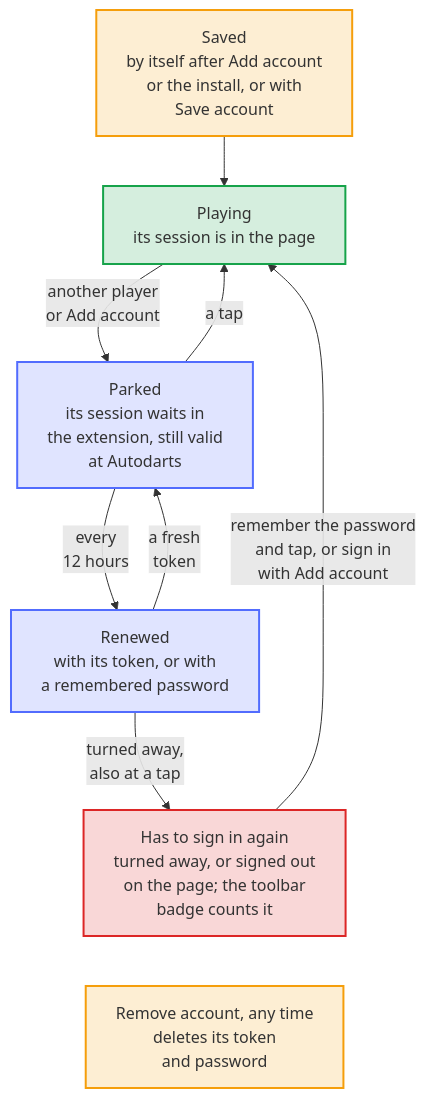
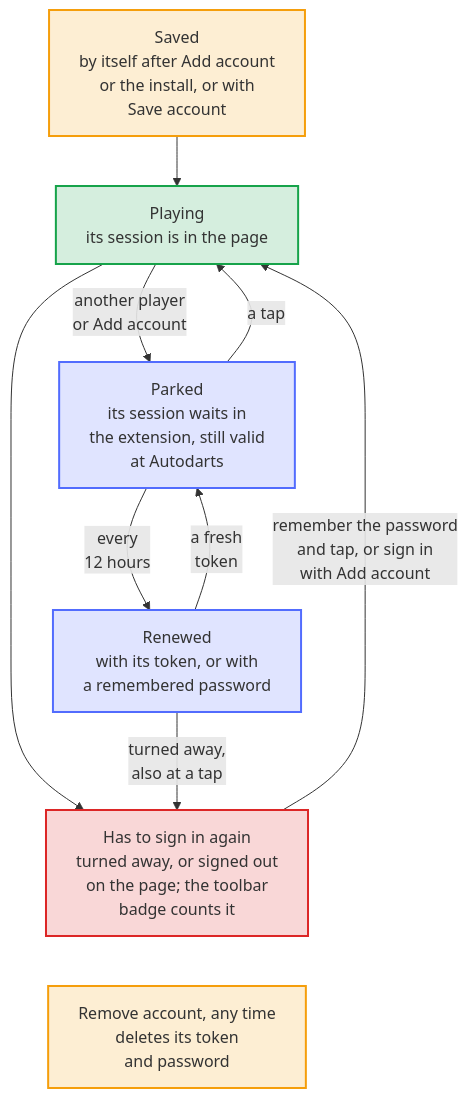
The diagram in docs/diagrams/account-states.mmd (Dennis-Otto/player-switch-for-autodarts), drawn with Mermaid before and after one commit. The commit also changed 10 other files, not shown here.

```diff
--- a/docs/diagrams/account-states.mmd
+++ b/docs/diagrams/account-states.mmd
@@ -1,33 +1,34 @@
 ---
 config:
   flowchart:
     wrappingWidth: 400
 ---
 flowchart TB
     accTitle: The life of a saved account
     accDescr: An account that signs in on the page is saved by itself after Add account or the install, or with Save account, and it plays. When another player comes on, or Add account signs the page out, its session is parked, still valid at Autodarts, and a tap brings it back. Every 12 hours the extension renews each parked session, with its token or a remembered password. When Autodarts turns an account away, in a renewal or at a tap, or it signs out on the page, it has to sign in again, and the toolbar badge counts it: remember its password and tap it, or sign in once with Add account. Remove account deletes an account with its token and password, whatever its state.
 
     save["Saved<br>by itself after Add account<br>or the install, or with<br>Save account"]
     playing["Playing<br>its session is in the page"]
     parked["Parked<br>its session waits in<br>the extension, still valid<br>at Autodarts"]
     renewal["Renewed<br>with its token, or with<br>a remembered password"]
     signin["Has to sign in again<br>turned away, or signed out<br>on the page; the toolbar<br>badge counts it"]
     removed["Remove account, any time<br>deletes its token<br>and password"]
 
     save --> playing
     playing -- "another player<br>or Add account" --> parked
     parked -- "a tap" --> playing
     parked -- "every<br>12 hours" --> renewal
     renewal -- "a fresh<br>token" --> parked
+    playing --> signin
     renewal -- "turned away,<br>also at a tap" --> signin
     signin -- "remember the password<br>and tap, or sign in<br>with Add account" --> playing
     signin ~~~ removed
 
     classDef bot fill:#526cfe2e,stroke:#526cfe,stroke-width:2px
     classDef done fill:#16a34a2e,stroke:#16a34a,stroke-width:2px
     classDef person fill:#f59e0b2e,stroke:#f59e0b,stroke-width:2px
     classDef failed fill:#dc26262e,stroke:#dc2626,stroke-width:2px
     class save,removed person
     class playing done
     class parked,renewal bot
     class signin failed
```
